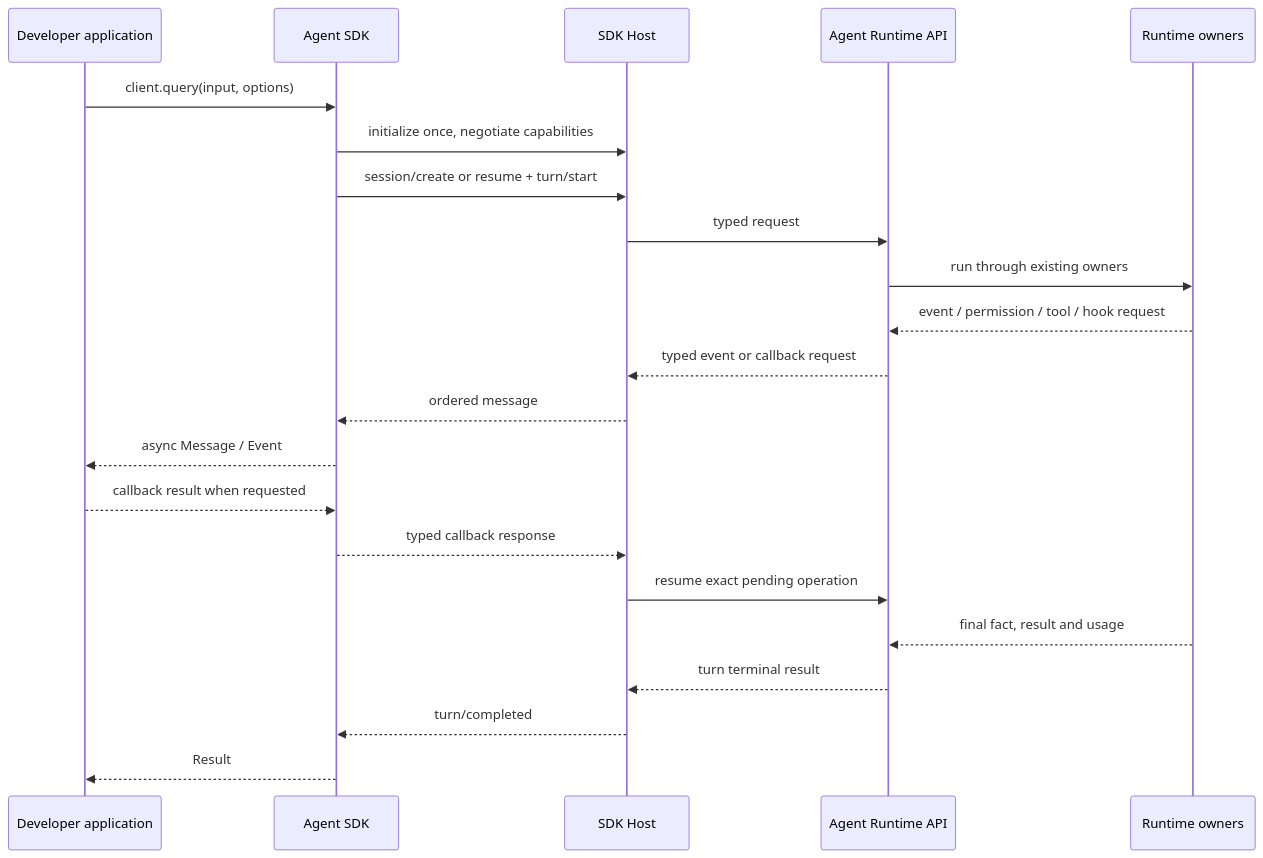
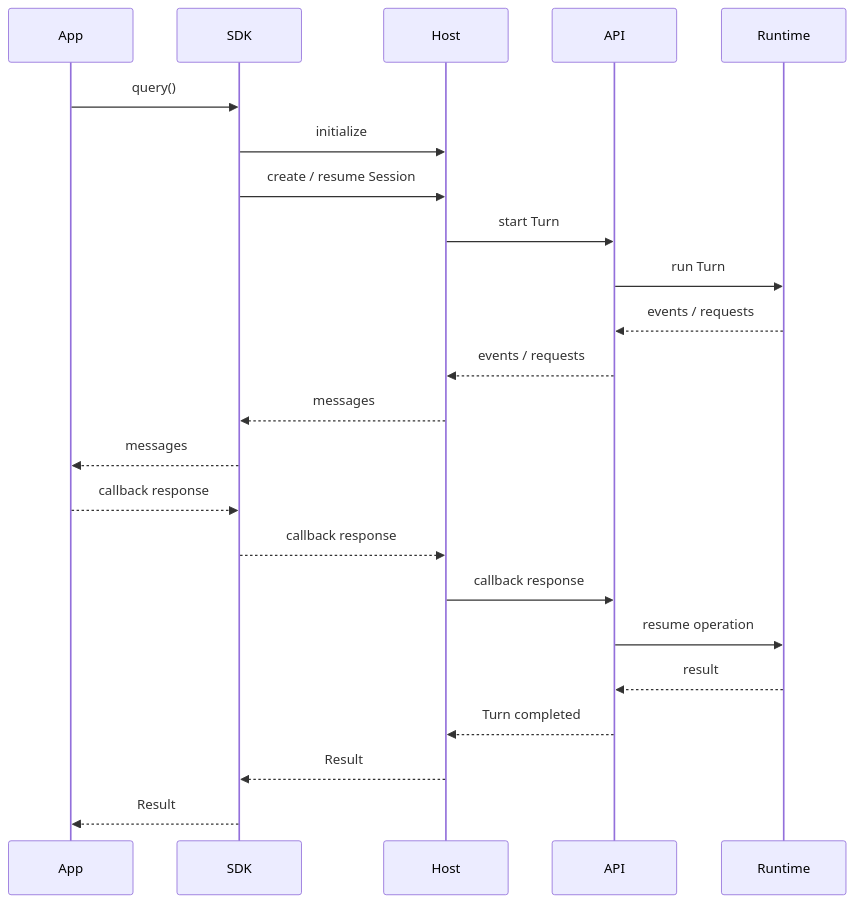
One commit to 1688mengdie/BitFun changed the seventh of 12 diagrams in docs/architecture/agent-sdk-product-architecture.md. Above: the diagram before and after it, drawn with Mermaid. The commit also changed other lines of this file and 61 other files, not shown here.

````diff
--- a/docs/architecture/agent-sdk-product-architecture.md
+++ b/docs/architecture/agent-sdk-product-architecture.md
@@ -255,25 +245,26 @@
 ```mermaid
 sequenceDiagram
-  participant App as Developer application
-  participant SDK as Agent SDK
-  participant Host as SDK Host
-  participant API as Agent Runtime API
-  participant Owners as Runtime owners
+  participant App
+  participant SDK
+  participant Host
+  participant API
+  participant Runtime
 
-  App->>SDK: client.query(input, options)
-  SDK->>Host: initialize once, negotiate capabilities
-  SDK->>Host: session/create or resume + turn/start
-  Host->>API: typed request
-  API->>Owners: run through existing owners
-  Owners-->>API: event / permission / tool / hook request
-  API-->>Host: typed event or callback request
-  Host-->>SDK: ordered message
-  SDK-->>App: async Message / Event
-  App-->>SDK: callback result when requested
-  SDK-->>Host: typed callback response
-  Host->>API: resume exact pending operation
-  Owners-->>API: final fact, result and usage
-  API-->>Host: turn terminal result
-  Host-->>SDK: turn/completed
+  App->>SDK: query()
+  SDK->>Host: initialize
+  SDK->>Host: create / resume Session
+  Host->>API: start Turn
+  API->>Runtime: run Turn
+  Runtime-->>API: events / requests
+  API-->>Host: events / requests
+  Host-->>SDK: messages
+  SDK-->>App: messages
+  App-->>SDK: callback response
+  SDK-->>Host: callback response
+  Host->>API: callback response
+  API->>Runtime: resume operation
+  Runtime-->>API: result
+  API-->>Host: Turn completed
+  Host-->>SDK: Result
   SDK-->>App: Result
 ```
````
